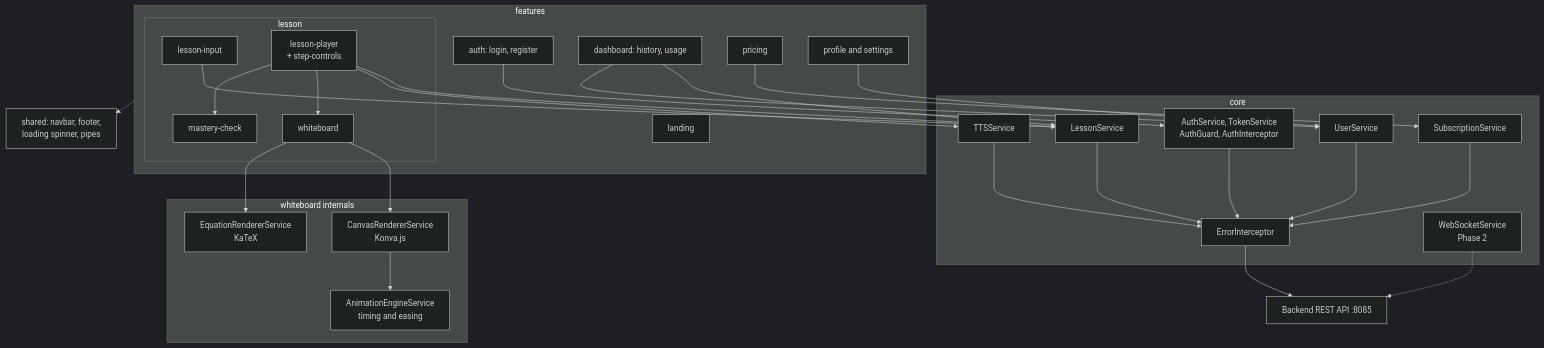
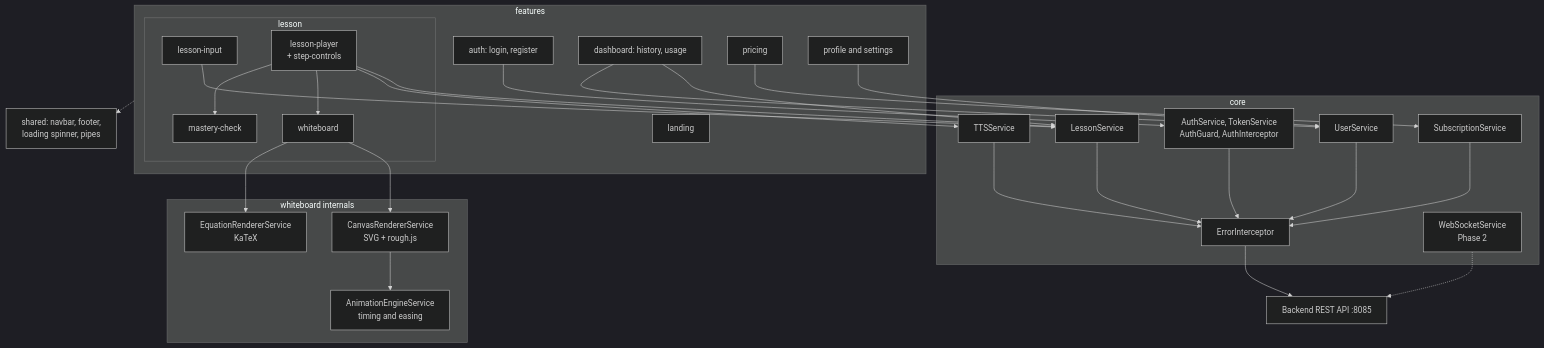
One commit to ocjpkrishna/prepai changed the sixth of 12 diagrams in prepai-spec.md. Above: the diagram before and after it, drawn with Mermaid (dark theme). The commit also changed other lines of this file and 2 other files, not shown here.

First line of the commit message:
docs(spec): replace Konva canvas actions with SVG whiteboard tools

````diff
--- a/prepai-spec.md
+++ b/prepai-spec.md
@@ -1244,59 +1127,59 @@
 ```mermaid
 flowchart TB
     api["Backend REST API :8085"]
 
     subgraph core["core"]
         authsvc["AuthService, TokenService<br/>AuthGuard, AuthInterceptor"]
         errint["ErrorInterceptor"]
         lessonsvc["LessonService"]
         usersvc["UserService"]
         subsvc["SubscriptionService"]
         ttssvc["TTSService"]
         wssvc["WebSocketService<br/>Phase 2"]
     end
 
     subgraph features["features"]
         landing["landing"]
         authf["auth: login, register"]
         dash["dashboard: history, usage"]
         pricing["pricing"]
         profile["profile and settings"]
         subgraph lessonf["lesson"]
             inp["lesson-input"]
             player["lesson-player<br/>+ step-controls"]
             wb["whiteboard"]
             mastery["mastery-check"]
         end
     end
 
     subgraph wbint["whiteboard internals"]
-        renderer["CanvasRendererService<br/>Konva.js"]
+        renderer["CanvasRendererService<br/>SVG + rough.js"]
         anim["AnimationEngineService<br/>timing and easing"]
         eq["EquationRendererService<br/>KaTeX"]
     end
 
     shared["shared: navbar, footer,<br/>loading spinner, pipes"]
 
     authf --> authsvc
     dash --> lessonsvc
     dash --> usersvc
     pricing --> subsvc
     profile --> usersvc
     inp --> lessonsvc
     player --> lessonsvc
     player --> ttssvc
     player --> wb
     player --> mastery
     wb --> renderer
     wb --> eq
     renderer --> anim
 
     authsvc --> errint
     lessonsvc --> errint
     usersvc --> errint
     subsvc --> errint
     ttssvc --> errint
     errint --> api
     wssvc -.-> api
     features -.-> shared
 ```
````
